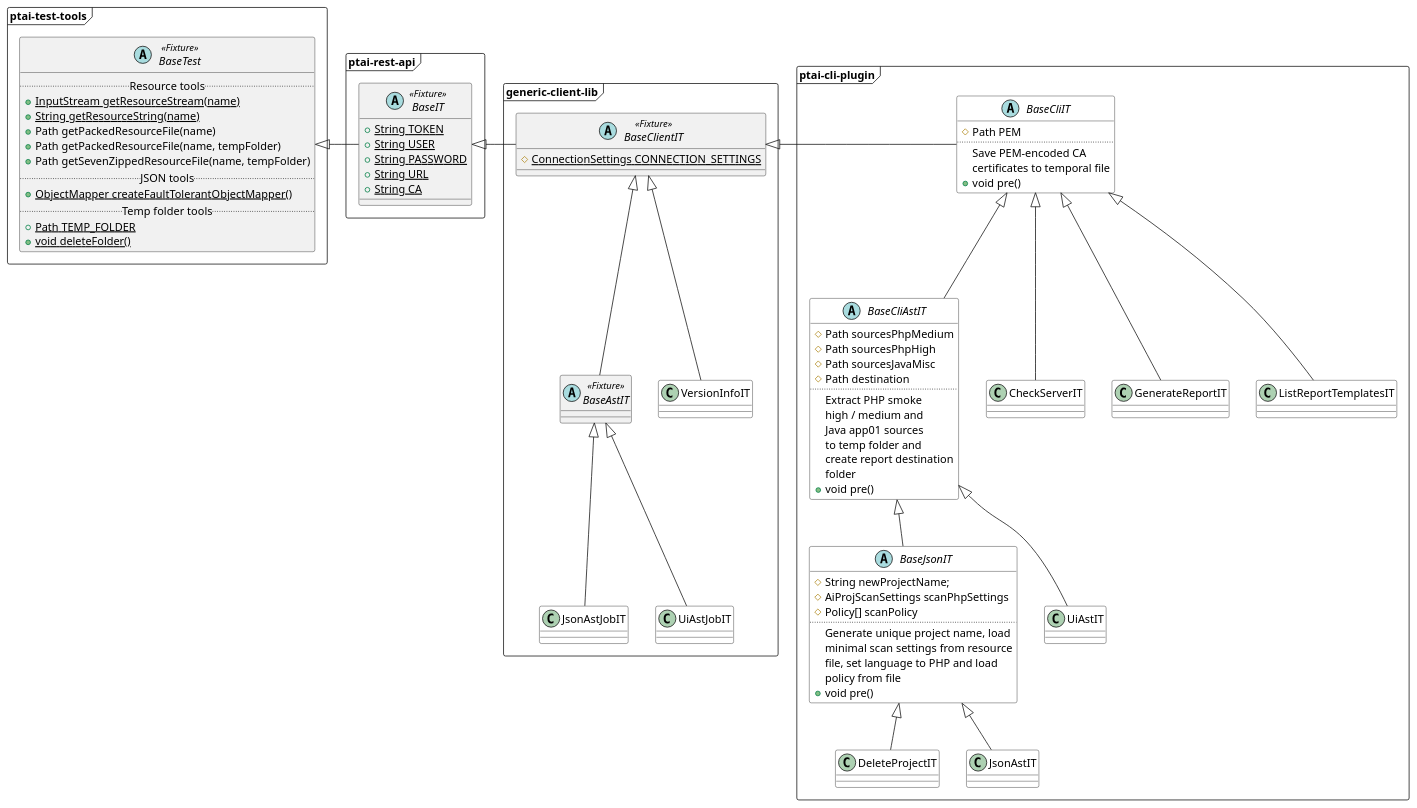
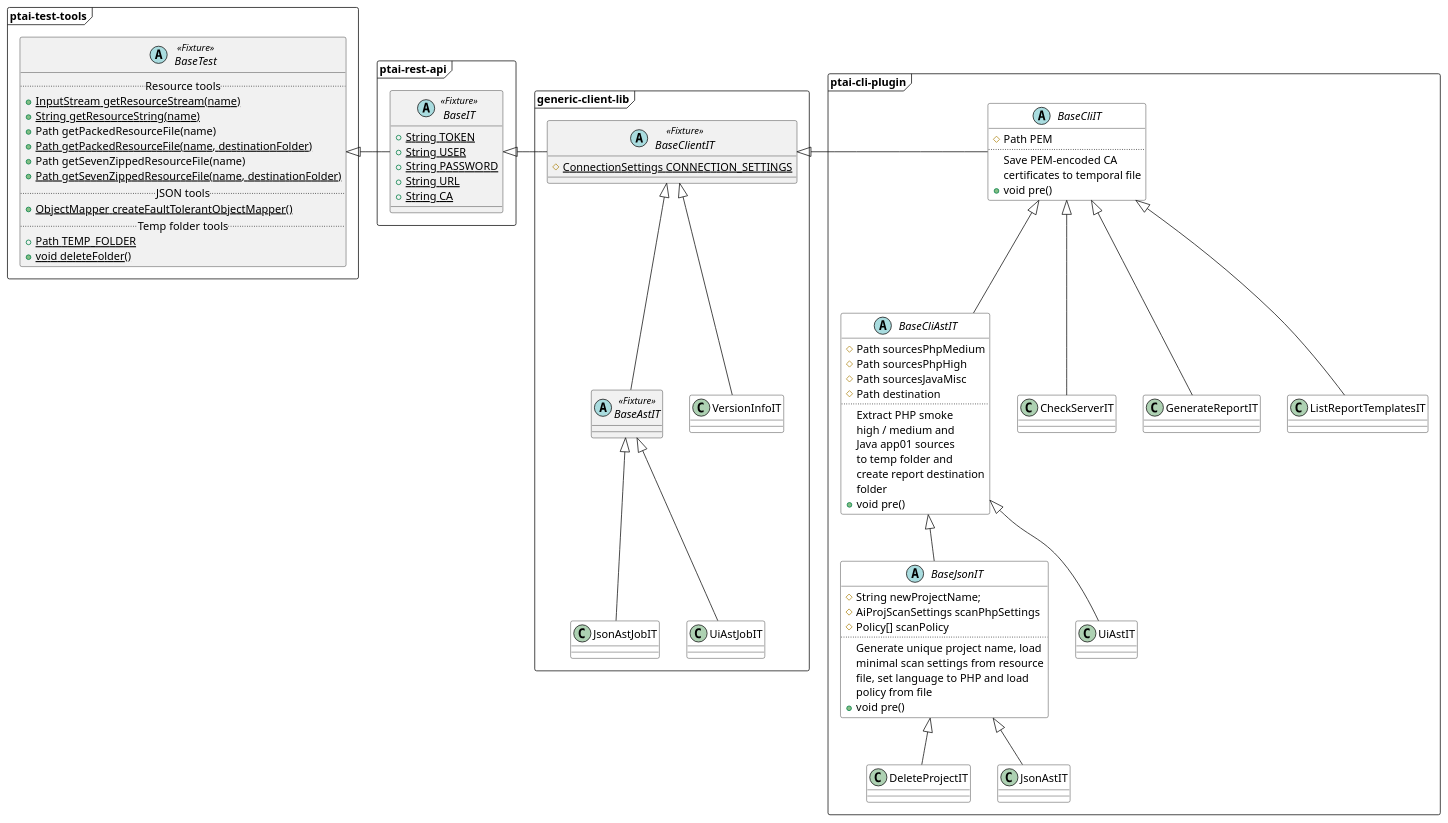
The diagram in ptai-test-tools/docs/test.fixtures.hierarchy.puml (ZhukovAN/ptai-ee-tools), drawn with PlantUML before and after one commit. The commit also changed 62 other files, not shown here.

```diff
--- a/ptai-test-tools/docs/test.fixtures.hierarchy.puml
+++ b/ptai-test-tools/docs/test.fixtures.hierarchy.puml
@@ -1,106 +1,107 @@
 @startuml
 package ptai-test-tools <<Frame>> {
     abstract class BaseTest <<Fixture>> {
         ..Resource tools..
         +{static} InputStream getResourceStream(name)
         +{static} String getResourceString(name)
         +Path getPackedResourceFile(name)
-        +Path getPackedResourceFile(name, tempFolder)
-        +Path getSevenZippedResourceFile(name, tempFolder)
+        +{static} Path getPackedResourceFile(name, destinationFolder)
+        +Path getSevenZippedResourceFile(name)
+        +{static} Path getSevenZippedResourceFile(name, destinationFolder)
         ..JSON tools..
         +{static} ObjectMapper createFaultTolerantObjectMapper()
         ..Temp folder tools..
         +{static} Path TEMP_FOLDER
         +{static} void deleteFolder()
     }
 }
 
 package ptai-rest-api <<Frame>> {
     abstract class BaseIT <<Fixture>> {
         +{static} String TOKEN
         +{static} String USER
         +{static} String PASSWORD
         +{static} String URL
         +{static} String CA
     }
     BaseIT -left-|> BaseTest
 }
 
 package generic-client-lib <<Frame>> {
     abstract class BaseAstIT <<Fixture>> {
     }
 
     abstract class BaseClientIT <<Fixture>> {
         #{static} ConnectionSettings CONNECTION_SETTINGS
     }
 
     BaseClientIT -left-|> BaseIT
     BaseAstIT -up-|> BaseClientIT
 
     class VersionInfoIT #white
     class JsonAstJobIT #white
     class UiAstJobIT #white
     JsonAstJobIT -up-|> BaseAstIT
     UiAstJobIT -up-|> BaseAstIT
     VersionInfoIT -up-|> BaseClientIT
 }
 
 package ptai-cli-plugin <<Frame>> {
     abstract class BaseCliIT #white {
         #Path PEM
         ..
         Save PEM-encoded CA
         certificates to temporal file
         +void pre()
     }
     BaseCliIT -left-|> BaseClientIT
     abstract class BaseCliAstIT #white {
         #Path sourcesPhpMedium
         #Path sourcesPhpHigh
         #Path sourcesJavaMisc
         #Path destination
         ..
         Extract PHP smoke
         high / medium and
         Java app01 sources
         to temp folder and
         create report destination
         folder
         +void pre()
     }
     BaseCliAstIT -up-|> BaseCliIT
 
     abstract class BaseJsonIT #white {
         #String newProjectName;
         #AiProjScanSettings scanPhpSettings
         #Policy[] scanPolicy
         ..
         Generate unique project name, load
         minimal scan settings from resource
         file, set language to PHP and load
         policy from file
         +void pre()
     }
 
     BaseJsonIT -up-|> BaseCliAstIT
 
     class CheckServerIT #white
     CheckServerIT -up-|> BaseCliIT
 
     class DeleteProjectIT #white
     DeleteProjectIT -up-|> BaseJsonIT
 
     class GenerateReportIT #white
     GenerateReportIT -up-|> BaseCliIT
 
     class JsonAstIT #white
     JsonAstIT -up-|> BaseJsonIT
 
     class ListReportTemplatesIT #white
     ListReportTemplatesIT -up-|> BaseCliIT
 
     class UiAstIT #white
     UiAstIT -up-|> BaseCliAstIT
 }
 
 @enduml
```
